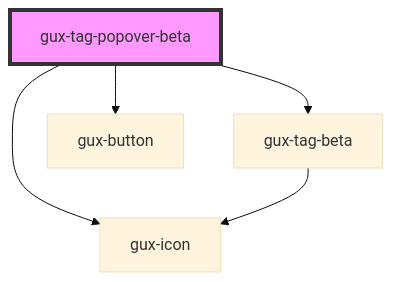
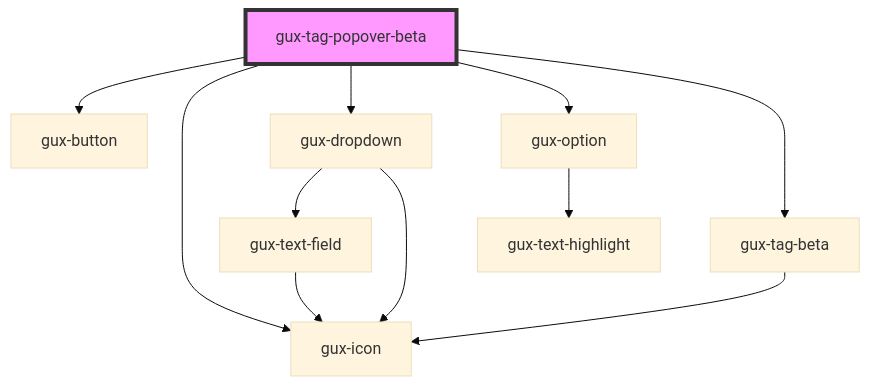
Before and after one commit to willcliff-genesys/genesys-webcomponents: the diagram in src/components/beta/gux-tag-popover/readme.md, drawn with Mermaid (base theme). The commit also changed other lines of this file and 8 other files, not shown here.

First line of the commit message:
fix(tag popover component): implement gux-dropdown component

````diff
--- a/src/components/beta/gux-tag-popover/readme.md
+++ b/src/components/beta/gux-tag-popover/readme.md
@@ -23,8 +25,14 @@
 ```mermaid
 graph TD;
-  gux-tag-popover-beta --> gux-tag-beta
   gux-tag-popover-beta --> gux-button
   gux-tag-popover-beta --> gux-icon
+  gux-tag-popover-beta --> gux-dropdown
+  gux-tag-popover-beta --> gux-option
+  gux-tag-popover-beta --> gux-tag-beta
+  gux-dropdown --> gux-text-field
+  gux-dropdown --> gux-icon
+  gux-text-field --> gux-icon
+  gux-option --> gux-text-highlight
   gux-tag-beta --> gux-icon
   style gux-tag-popover-beta fill:#f9f,stroke:#333,stroke-width:4px
 ```
````
